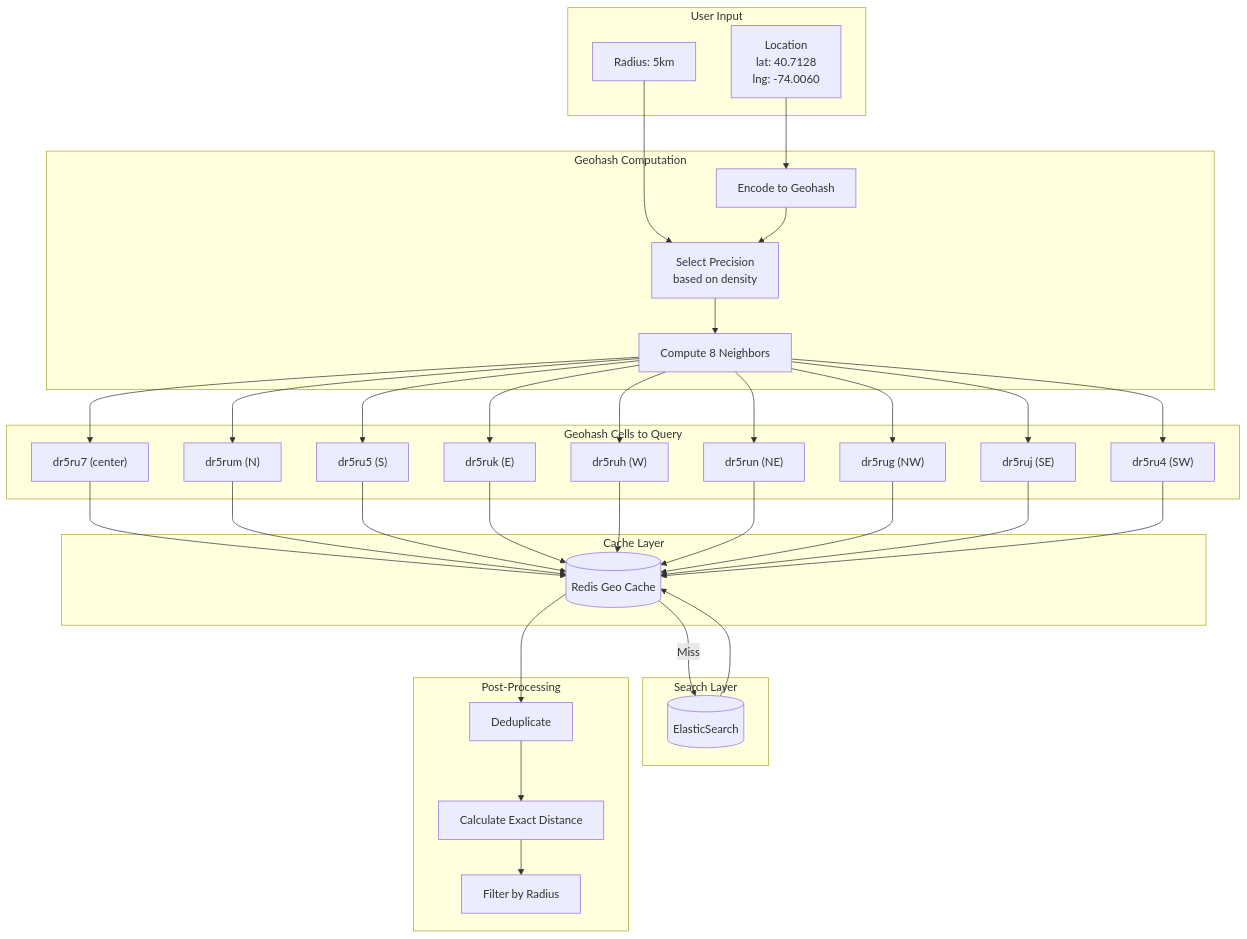
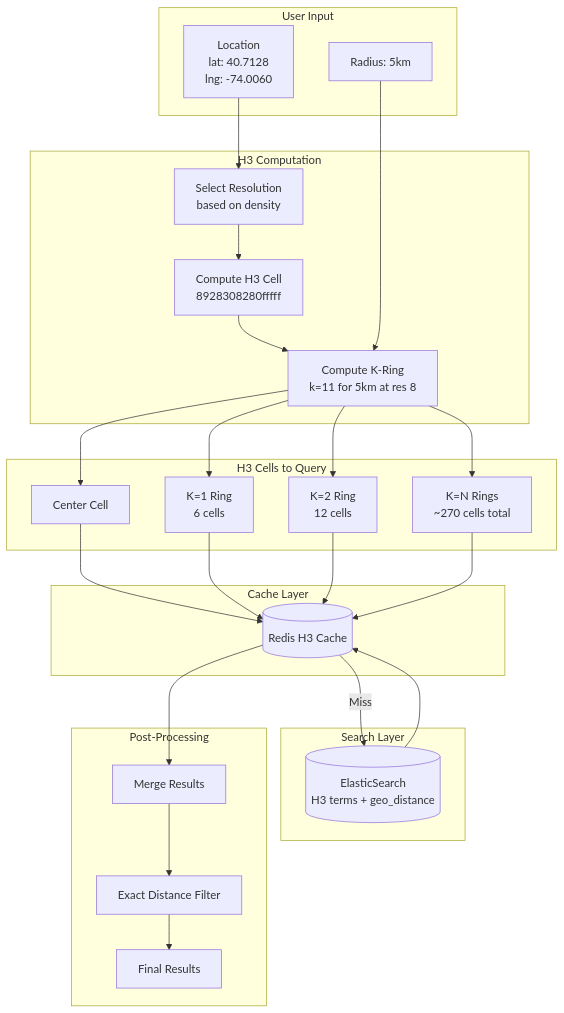
One commit to bindian0509/system-design changed the third of 7 diagrams in uber-eats-feed-design/diagrams/architecture-diagrams.md. Above: the diagram before and after it, drawn with Mermaid. The commit also changed other lines of this file and 4 other files, not shown here.

````diff
--- a/uber-eats-feed-design/diagrams/architecture-diagrams.md
+++ b/uber-eats-feed-design/diagrams/architecture-diagrams.md
@@ -212,55 +212,48 @@
 ```mermaid
 flowchart TB
     subgraph Input [User Input]
         Loc["Location<br/>lat: 40.7128<br/>lng: -74.0060"]
         Radius["Radius: 5km"]
     end
 
-    subgraph HashCompute [Geohash Computation]
-        Encode[Encode to Geohash]
-        Precision[Select Precision<br/>based on density]
-        Neighbors[Compute 8 Neighbors]
+    subgraph H3Compute [H3 Computation]
+        Resolution[Select Resolution<br/>based on density]
+        Cell[Compute H3 Cell<br/>8928308280fffff]
+        KRing[Compute K-Ring<br/>k=11 for 5km at res 8]
     end
 
-    subgraph Cells [Geohash Cells to Query]
-        Center["dr5ru7 (center)"]
-        N["dr5rum (N)"]
-        S["dr5ru5 (S)"]
-        E["dr5ruk (E)"]
-        W["dr5ruh (W)"]
-        NE["dr5run (NE)"]
-        NW["dr5rug (NW)"]
-        SE["dr5ruj (SE)"]
-        SW["dr5ru4 (SW)"]
+    subgraph Cells [H3 Cells to Query]
+        Center["Center Cell"]
+        Ring1["K=1 Ring<br/>6 cells"]
+        Ring2["K=2 Ring<br/>12 cells"]
+        RingN["K=N Rings<br/>~270 cells total"]
     end
 
     subgraph Cache [Cache Layer]
-        Redis[(Redis Geo Cache)]
+        Redis[(Redis H3 Cache)]
     end
 
     subgraph Search [Search Layer]
-        ES[(ElasticSearch)]
+        ES[(ElasticSearch<br/>H3 terms + geo_distance)]
     end
 
     subgraph Filter [Post-Processing]
-        Dedup[Deduplicate]
-        DistCalc[Calculate Exact Distance]
-        RadiusFilter[Filter by Radius]
+        Merge[Merge Results]
+        DistCalc[Exact Distance Filter]
+        Output[Final Results]
     end
 
-    Loc --> Encode
-    Radius --> Precision
-    Encode --> Precision --> Neighbors
+    Loc --> Resolution --> Cell --> KRing
+    Radius --> KRing
 
-    Neighbors --> Center & N & S & E & W & NE & NW & SE & SW
+    KRing --> Center & Ring1 & Ring2 & RingN
 
     Center --> Redis
-    N & S & E & W --> Redis
-    NE & NW & SE & SW --> Redis
+    Ring1 & Ring2 & RingN --> Redis
 
     Redis -->|Miss| ES
     ES --> Redis
-    Redis --> Dedup
+    Redis --> Merge
 
-    Dedup --> DistCalc --> RadiusFilter
+    Merge --> DistCalc --> Output
 ```
````
